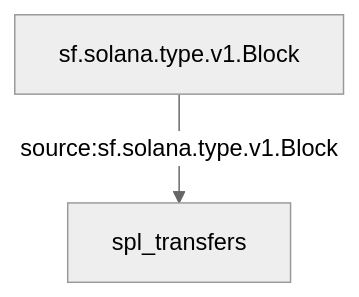
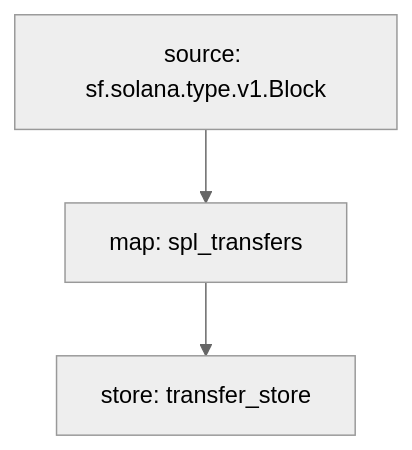
Before and after one commit to streamingfast/substreams-playground: the diagram in modules/sol-spl-tokens/README.md, drawn with Mermaid (neutral theme). The commit also changed other lines of this file and 6 other files, not shown here.

````diff
--- a/modules/sol-spl-tokens/README.md
+++ b/modules/sol-spl-tokens/README.md
@@ -20,4 +20,7 @@
 ```mermaid
 graph TD;
-  sf.solana.type.v1.Block -- "source:sf.solana.type.v1.Block" --> spl_transfers
+  spl_transfers[map: spl_transfers]
+  sf.solana.type.v1.Block[source: sf.solana.type.v1.Block] --> spl_transfers
+  transfer_store[store: transfer_store]
+  spl_transfers --> transfer_store
 ```
````
